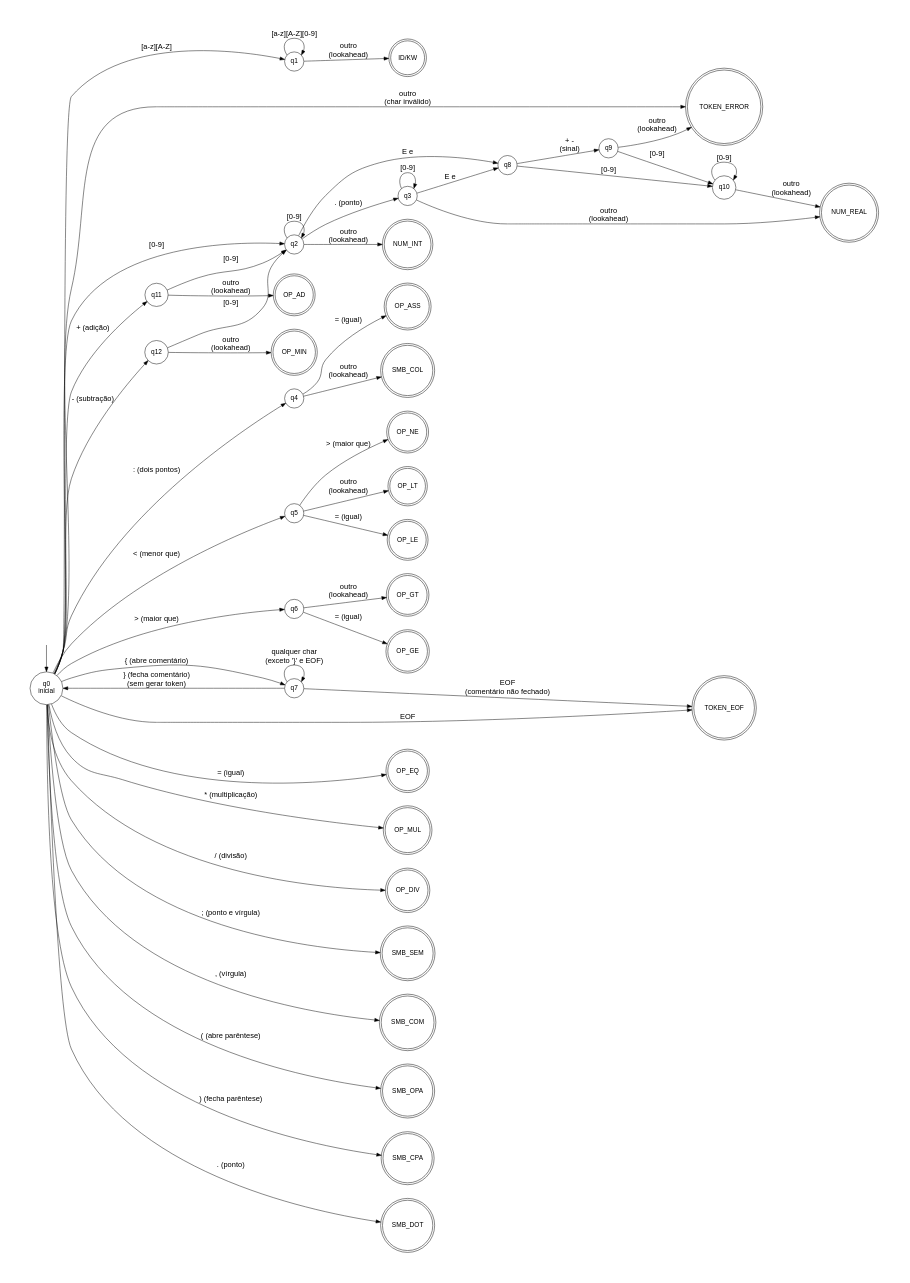
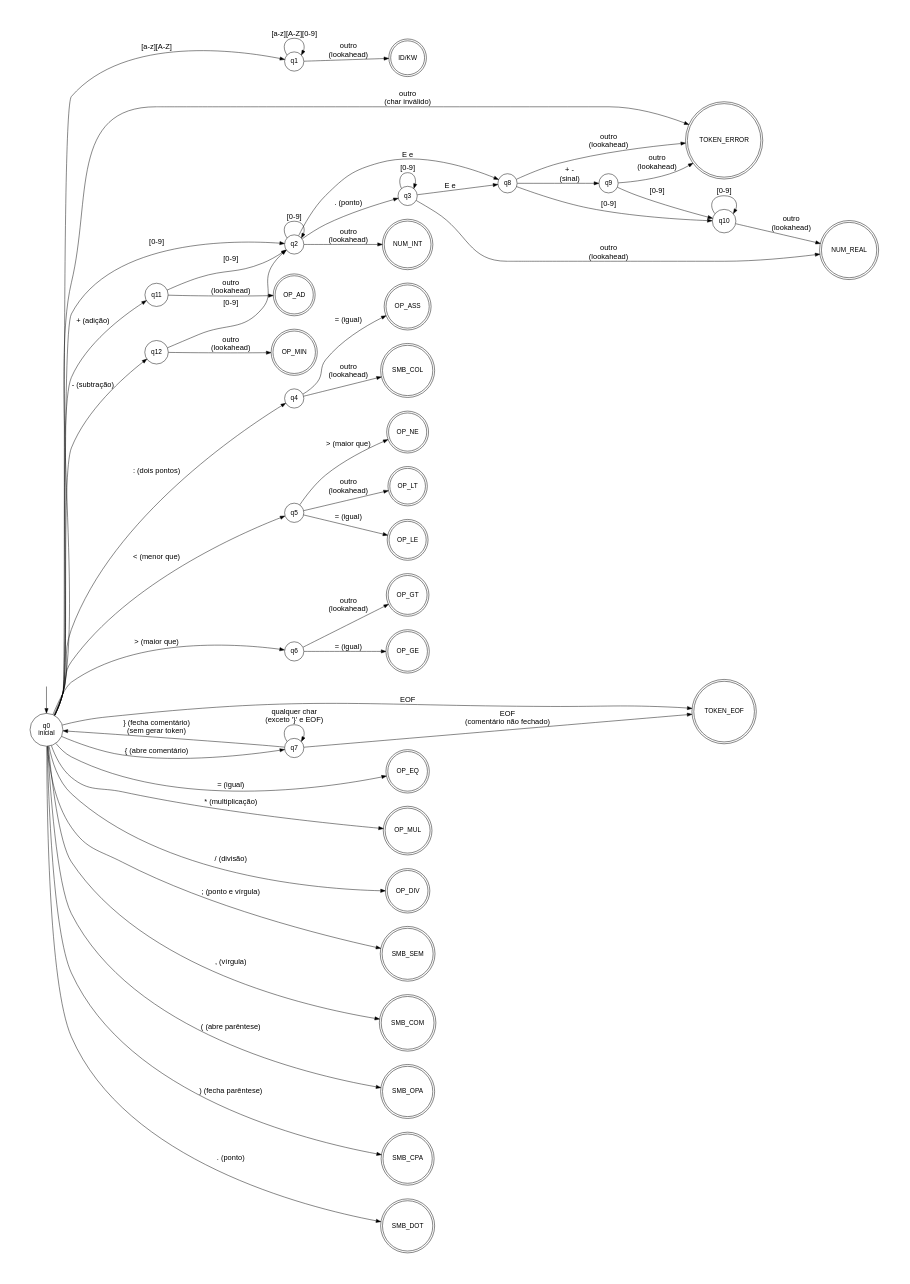
Before and after one commit to miguelhenriquecbl/LINGUAGENS-FORMAIS-AUT-MATOS-E-COMPILADORES: the diagram in Trabalho/analisador-lexico/AFD.dot, drawn with Graphviz.

Commit message:
feat: add exponent in num_real

```diff
--- a/Trabalho/analisador-lexico/AFD.dot
+++ b/Trabalho/analisador-lexico/AFD.dot
@@ -1,132 +1,133 @@
 digraph AFD {
     rankdir=LR;
     nodesep=0.4;
     pad=0.8;
     node [shape=circle, fontname="Arial"];
     edge [fontname="Arial", fontsize=16];
 
     /* estado invisível pra seta de entrada */
     inicio [shape=none, label=""];
 
     { rank=same; inicio; q0}
 
     { rank=same; q1; q2; q4; q5; q6; q7; }
 
     { rank=same; qTOKEN_EOF; qTOKEN_ERROR; }
 
     /* Estado Inicial */
     q0 [label="q0\ninicial"];
 
     /* estados intermediários */
     q1 [label="q1"];
     q2 [label="q2"];
     q3 [label="q3"];
     q4 [label="q4"];
     q5 [label="q5"];
     q6 [label="q6"];
     q7 [label="q7"];
     q8 [label="q8"];
     q9 [label="q9"];
     q10 [label="q10"];
     q11 [label="q11"];
     q12 [label="q12"];
 
     /* estados finais — círculo duplo */
     node [shape=doublecircle];
 
     /* Palavras reservadas, Identificador e Tipos Números  */
     qID_KW [label="ID/KW"];
     qNUM_INT [label="NUM_INT"];
     qNUM_REAL [label="NUM_REAL"];
 
     /* Operadores relacionais */
     qOP_EQ [label="OP_EQ"]; /* = */
     qOP_NE [label="OP_NE"]; /* <> */
     qOP_LT [label="OP_LT"]; /* < */
     qOP_LE [label="OP_LE"]; /* <= */
     qOP_GT [label="OP_GT"]; /* > */
     qOP_GE [label="OP_GE"]; /* >= */
 
     /* Operadores aritméticos */
     qOP_AD [label="OP_AD"]; /* + */
     qOP_MIN [label="OP_MIN"]; /* - */
     qOP_MUL [label="OP_MUL"]; /* * */
     qOP_DIV [label="OP_DIV"]; /* / */
     qOP_ASS [label="OP_ASS"]; /* := */
 
     /* Símbolos */
     qSMB_SEM [label="SMB_SEM"]; /* ; */
     qSMB_COM [label="SMB_COM"]; /* , */
     qSMB_OPA [label="SMB_OPA"]; /* ( */
     qSMB_CPA [label="SMB_CPA"]; /* ) */
     qSMB_COL [label="SMB_COL"]; /* : */
     qSMB_DOT [label="SMB_DOT"]; /* . */
 
     /* Especiais */
     qTOKEN_EOF [shape=doublecircle label="TOKEN_EOF"]; /* Fim do arquivo */
     qTOKEN_ERROR [shape=doublecircle label="TOKEN_ERROR"]; /* Erro léxico */
 
     /* seta de entrada */
     inicio -> q0;
 
     /* q0 -> estados intermediários */
     q0 -> qTOKEN_ERROR [label="outro\n(char inválido)"];
     q0 -> qTOKEN_EOF [label="EOF"];
 
     q0 -> q1 [label="[a-z][A-Z]"];
     q1 -> q1 [label="[a-z][A-Z][0-9]"];
     q1 -> qID_KW [label="outro\n(lookahead)"];
 
     q0 -> q2 [label="[0-9]"];
     q2 -> q2 [label="[0-9]"];
     q2 -> q8 [label="E e"];
     q2 -> qNUM_INT [label="outro\n(lookahead)"];
 
     q2 -> q3 [label=". (ponto)"]; /* ponto depois de número */
     q3 -> q3 [label="[0-9]"];
     q3 -> q8 [label="E e"];
     q3 -> qNUM_REAL [label="outro\n(lookahead)"];
 
     q0 -> q4 [label=": (dois pontos)"]; 
     q4 -> qOP_ASS [label="= (igual)"]; 
     q4 -> qSMB_COL [label="outro\n(lookahead)"]; 
 
     q0 -> q5 [label="< (menor que)"]; 
     q5 -> qOP_NE [label="> (maior que)"]; 
     q5 -> qOP_LE [label="= (igual)"]; 
     q5 -> qOP_LT [label="outro\n(lookahead)"]; 
 
     q0 -> q6 [label="> (maior que)"]; 
     q6 -> qOP_GE [label="= (igual)"]; 
     q6 -> qOP_GT [label="outro\n(lookahead)"]; 
 
     q0 -> q7 [label="{ (abre comentário)"]; 
     q7 -> q7 [label="qualquer char\n(exceto '}' e EOF)"];
     q7 -> q0 [label="} (fecha comentário)\n(sem gerar token)"];
     q7 -> qTOKEN_EOF [label="EOF\n(comentário não fechado)"];
 
     q0 -> qOP_EQ [label="= (igual)", minlen=3]; 
     q0 -> qOP_MUL [label="* (multiplicação)", minlen=3]; 
     q0 -> qOP_DIV [label="/ (divisão)", minlen=3]; 
 
     q0 -> qSMB_SEM [label="; (ponto e vírgula)", minlen=3]; 
     q0 -> qSMB_COM [label=", (vírgula)", minlen=3]; 
     q0 -> qSMB_OPA [label="( (abre parêntese)", minlen=3]; 
     q0 -> qSMB_CPA [label=") (fecha parêntese)", minlen=3]; 
     q0 -> qSMB_DOT [label=". (ponto)", minlen=3]; /* ponto sozinho */
 
     q0 -> q11 [label="+ (adição)"]; 
     q11 -> q2 [label="[0-9]"]; 
     q11 -> qOP_AD [label="outro\n(lookahead)"]; 
 
     q0 -> q12 [label="- (subtração)"]; 
     q12 -> q2 [label="[0-9]"]
     q12 -> qOP_MIN [label="outro\n(lookahead)"]; 
 
     q8 -> q9 [label="+ -\n(sinal)"]
     q8 -> q10 [label="[0-9]"]
     q9 -> q10 [label="[0-9]"]
     q10 -> q10 [label="[0-9]"]
+    q8 -> qTOKEN_ERROR [label="outro\n(lookahead)"]; 
     q9 -> qTOKEN_ERROR [label="outro\n(lookahead)"]; 
     q10 -> qNUM_REAL [label="outro\n(lookahead)"]; 
 }
```
